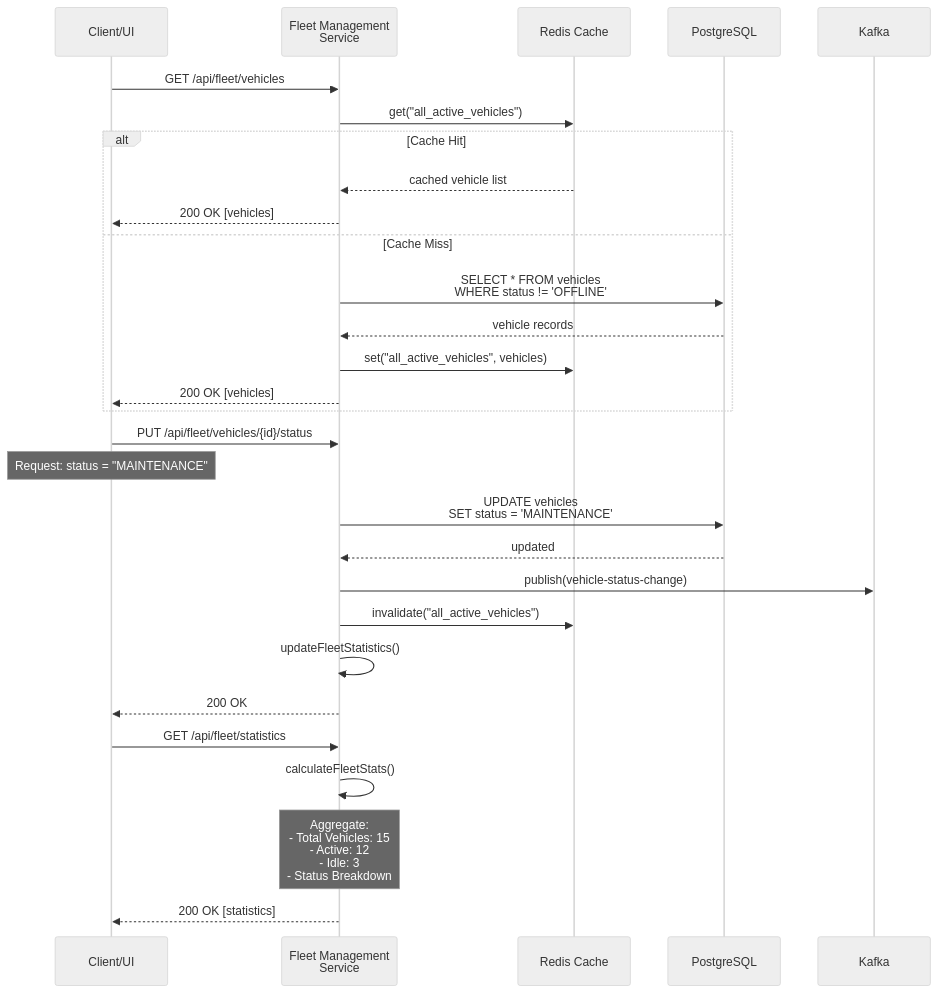
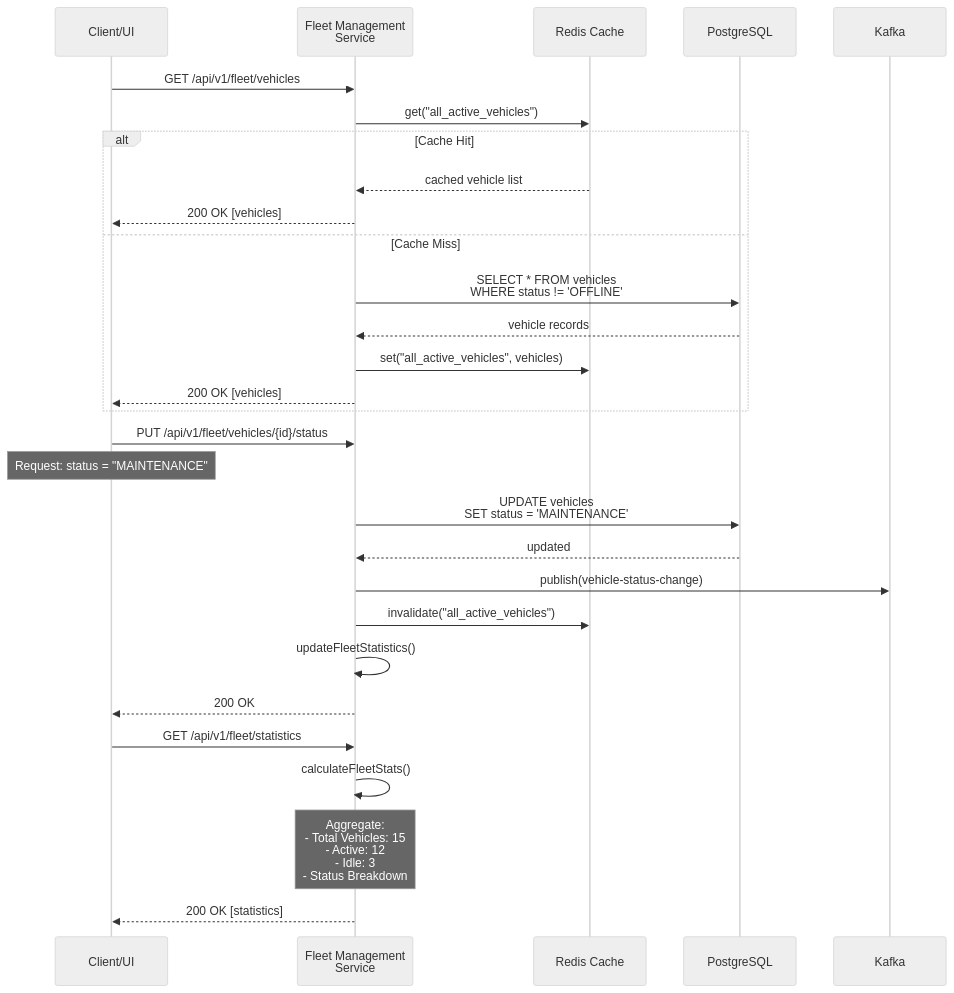
Before and after one commit to Shallako/ShuzAHS: the third of 18 diagrams in DIAGRAMS.md, drawn with Mermaid (neutral theme). The commit also changed other lines of this file and 19 other files, not shown here.

Commit message:
Add `ahs-proto` module with Protobuf support, define vehicle telemetry schema, and integrate module into dependent projects. Update Docker base images, migrate to JDK 17, and refine REST API paths for consistency.

````diff
--- a/DIAGRAMS.md
+++ b/DIAGRAMS.md
@@ -132,38 +132,38 @@
 ```mermaid
 sequenceDiagram
     participant C as Client/UI
     participant FM as Fleet Management<br/>Service
     participant Cache as Redis Cache
     participant DB as PostgreSQL
     participant K as Kafka
     
-    C->>FM: GET /api/fleet/vehicles
+    C->>FM: GET /api/v1/fleet/vehicles
     FM->>Cache: get("all_active_vehicles")
     
     alt Cache Hit
         Cache-->>FM: cached vehicle list
         FM-->>C: 200 OK [vehicles]
     else Cache Miss
         FM->>DB: SELECT * FROM vehicles<br/>WHERE status != 'OFFLINE'
         DB-->>FM: vehicle records
         FM->>Cache: set("all_active_vehicles", vehicles)
         FM-->>C: 200 OK [vehicles]
     end
     
-    C->>FM: PUT /api/fleet/vehicles/{id}/status
+    C->>FM: PUT /api/v1/fleet/vehicles/{id}/status
     Note over C: Request: status = "MAINTENANCE"
     
     FM->>DB: UPDATE vehicles<br/>SET status = 'MAINTENANCE'
     DB-->>FM: updated
     
     FM->>K: publish(vehicle-status-change)
     FM->>Cache: invalidate("all_active_vehicles")
     FM->>FM: updateFleetStatistics()
     
     FM-->>C: 200 OK
     
-    C->>FM: GET /api/fleet/statistics
+    C->>FM: GET /api/v1/fleet/statistics
     FM->>FM: calculateFleetStats()
     Note over FM: Aggregate:<br/>- Total Vehicles: 15<br/>- Active: 12<br/>- Idle: 3<br/>- Status Breakdown
     FM-->>C: 200 OK [statistics]
 ```
````
